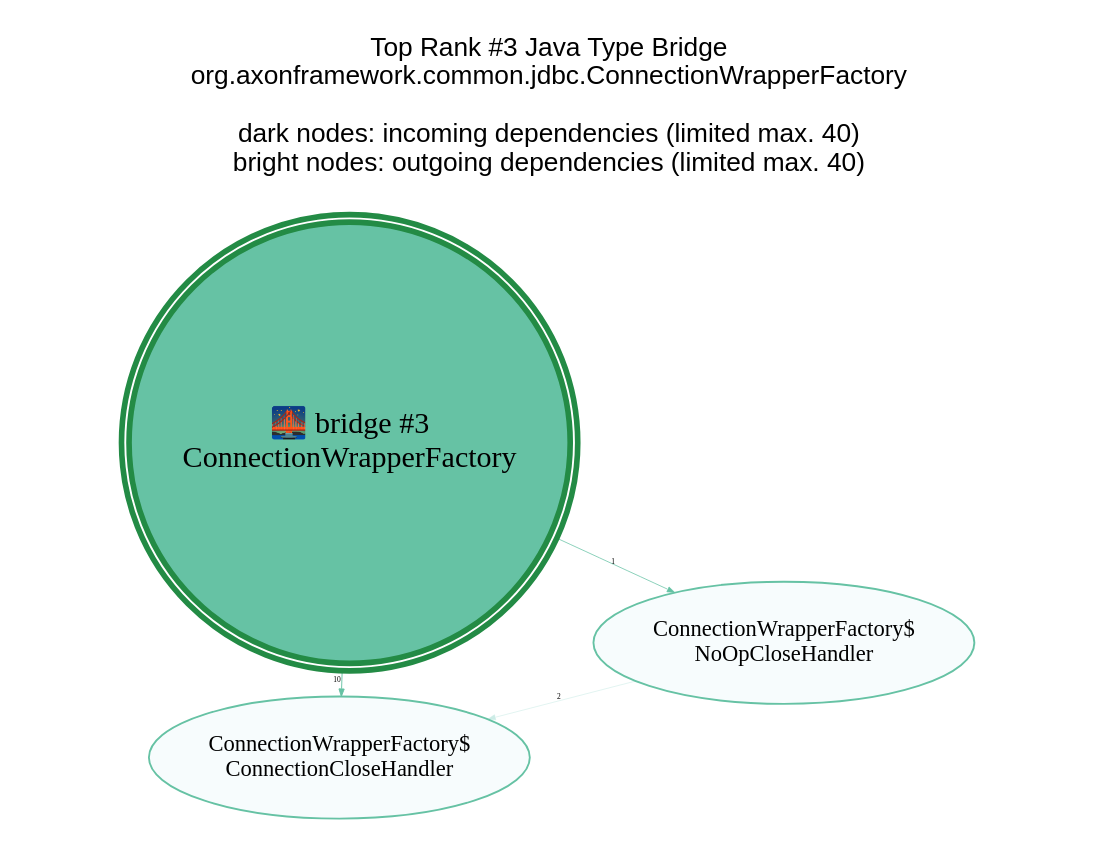
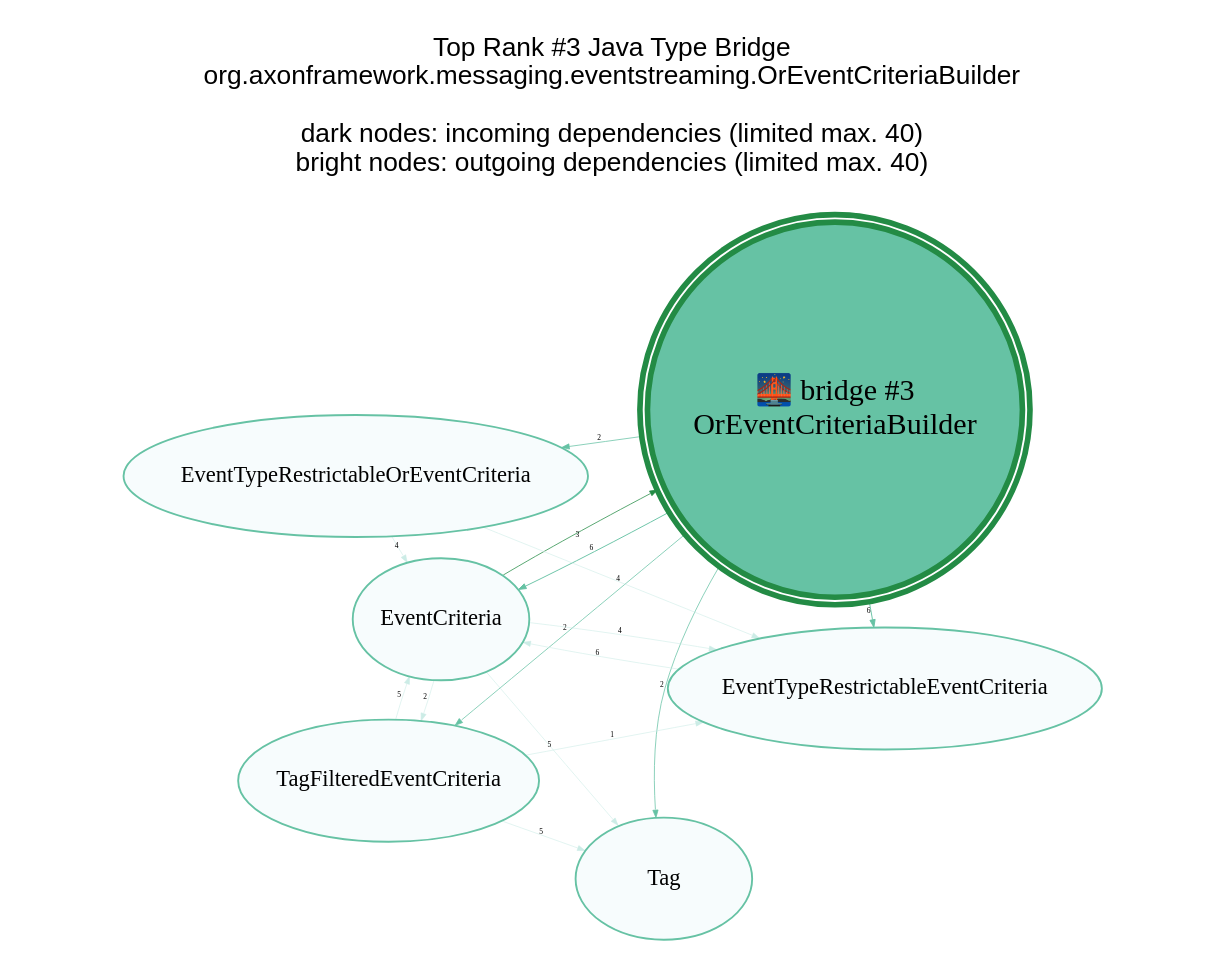
The diagram in analysis-results/AxonFramework/latest/anomaly-detection/Java_Type/GraphVisualizations/graphviz/TopBridge3.gv (JohT/code-graph-analysis-examples), drawn with Graphviz before and after one commit. The commit also changed 651 other files, not shown here.

```diff
--- a/analysis-results/AxonFramework/latest/anomaly-detection/Java_Type/GraphVisualizations/graphviz/TopBridge3.gv
+++ b/analysis-results/AxonFramework/latest/anomaly-detection/Java_Type/GraphVisualizations/graphviz/TopBridge3.gv
@@ -1,20 +1,32 @@
 // This GraphViz dot file was generated by the script convertQueryResultCsvToGraphVizDotFile.sh with TopCentral.template
 
 strict digraph TopBridge3 {
     graph [layout = "fdp"; start = "7"; splines = "spline"; pad = "0.8,0.1"; outputorder = "edgesfirst";];
     graph [fontname = "Helvetica,Arial,sans-serif"; labelloc = "t";];
     node [colorscheme = "bugn9"; color = 6; fillcolor = 3;];
     edge [colorscheme = "bugn9"; color = 7;];
     node [fontsize = 12; style = "filled"; margin = "0.03,0.03"; width="1.3"; height="0.9";];
     edge [fontsize = 4; arrowsize = "0.4";];
 
     central [shape = "doublecircle"; height = "2.0"; margin = "0.000001,0.000001";];
     central [fontsize = 16;];
     central [color = 7; fillcolor = 5; penwidth = 3;];
 
-	graph   [label="Top Rank #3 Java Type Bridge\norg.axonframework.common.jdbc.ConnectionWrapperFactory\n\ndark nodes: incoming dependencies (limited max. 40)\nbright nodes: outgoing dependencies (limited max. 40)\n\n"];
-	central [label="🌉 bridge #3\nConnectionWrapperFactory"];
-	"ConnectionWrapperFactory$ConnectionCloseHandler_41721" [label = "ConnectionWrapperFactory$\nConnectionCloseHandler"; color = 5; fillcolor = 1; ]; central -> "ConnectionWrapperFactory$ConnectionCloseHandler_41721" [label=10; weight=10; penwidth=0.5; color = 5];
-	"ConnectionWrapperFactory$NoOpCloseHandler_41221" [label = "ConnectionWrapperFactory$\nNoOpCloseHandler"; color = 5; fillcolor = 1; ]; central -> "ConnectionWrapperFactory$NoOpCloseHandler_41221" [label=1; weight=1; penwidth=0.4; color = 5];
-	"ConnectionWrapperFactory$NoOpCloseHandler_41221" -> "ConnectionWrapperFactory$ConnectionCloseHandler_41721" [label=2; weight=2; penwidth=0.3; color = 3]
+	graph   [label="Top Rank #3 Java Type Bridge\norg.axonframework.messaging.eventstreaming.OrEventCriteriaBuilder\n\ndark nodes: incoming dependencies (limited max. 40)\nbright nodes: outgoing dependencies (limited max. 40)\n\n"];
+	central [label="🌉 bridge #3\nOrEventCriteriaBuilder"];
+	"EventCriteria_13621" [label = "EventCriteria"; ]; "EventCriteria_13621" -> central [label=3; weight=3; penwidth=0.4];
+	"EventCriteria_13621" [label = "EventCriteria"; color = 5; fillcolor = 1; ]; central -> "EventCriteria_13621" [label=6; weight=6; penwidth=0.5; color = 5];
+	"EventTypeRestrictableEventCriteria_13630" [label = "EventTypeRestrictableEventCriteria"; color = 5; fillcolor = 1; ]; central -> "EventTypeRestrictableEventCriteria_13630" [label=6; weight=6; penwidth=0.5; color = 5];
+	"EventTypeRestrictableOrEventCriteria_16685" [label = "EventTypeRestrictableOrEventCriteria"; color = 5; fillcolor = 1; ]; central -> "EventTypeRestrictableOrEventCriteria_16685" [label=2; weight=2; penwidth=0.4; color = 5];
+	"Tag_16810" [label = "Tag"; color = 5; fillcolor = 1; ]; central -> "Tag_16810" [label=2; weight=2; penwidth=0.4; color = 5];
+	"TagFilteredEventCriteria_16812" [label = "TagFilteredEventCriteria"; color = 5; fillcolor = 1; ]; central -> "TagFilteredEventCriteria_16812" [label=2; weight=2; penwidth=0.4; color = 5];
+	"EventTypeRestrictableEventCriteria_13630" -> "EventCriteria_13621" [label=6; weight=6; penwidth=0.3; color = 3]
+	"EventCriteria_13621" -> "Tag_16810" [label=5; weight=5; penwidth=0.3; color = 3]
+	"TagFilteredEventCriteria_16812" -> "Tag_16810" [label=5; weight=5; penwidth=0.3; color = 3]
+	"TagFilteredEventCriteria_16812" -> "EventCriteria_13621" [label=5; weight=5; penwidth=0.3; color = 3]
+	"EventCriteria_13621" -> "EventTypeRestrictableEventCriteria_13630" [label=4; weight=4; penwidth=0.3; color = 3]
+	"EventTypeRestrictableOrEventCriteria_16685" -> "EventCriteria_13621" [label=4; weight=4; penwidth=0.3; color = 3]
+	"EventTypeRestrictableOrEventCriteria_16685" -> "EventTypeRestrictableEventCriteria_13630" [label=4; weight=4; penwidth=0.3; color = 3]
+	"EventCriteria_13621" -> "TagFilteredEventCriteria_16812" [label=2; weight=2; penwidth=0.3; color = 3]
+	"TagFilteredEventCriteria_16812" -> "EventTypeRestrictableEventCriteria_13630" [label=1; weight=1; penwidth=0.3; color = 3]
 }
```
